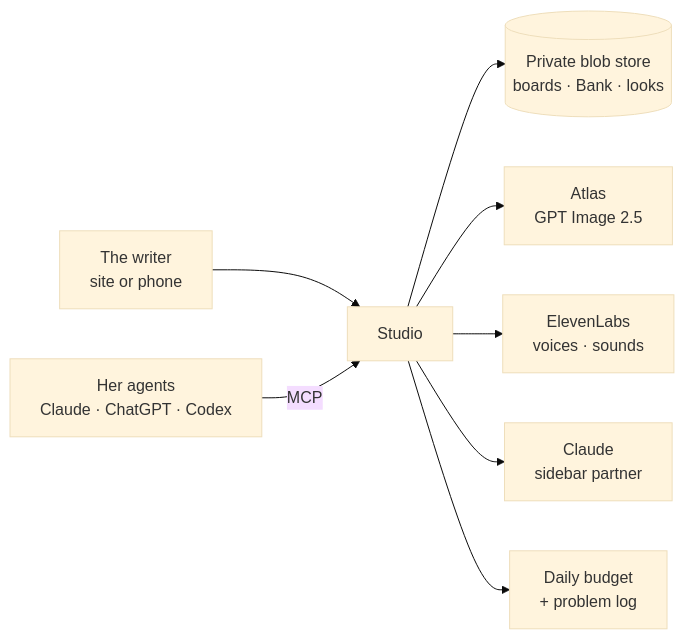
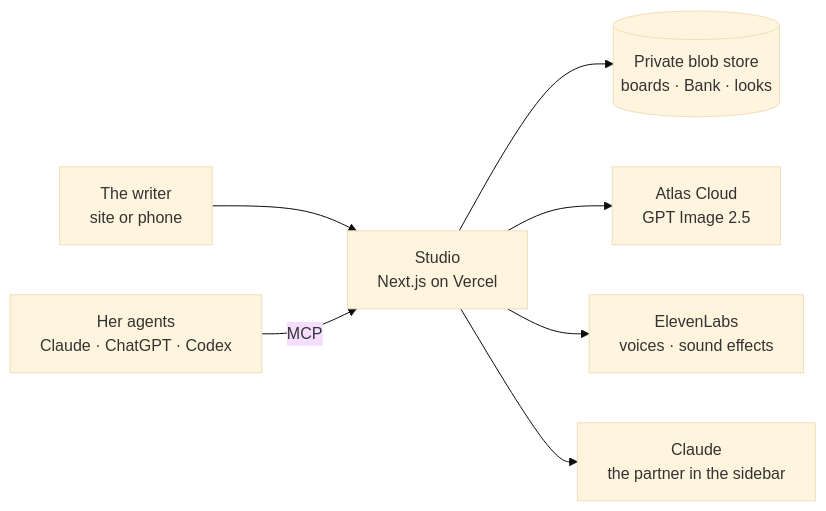
The diagram in README.md (joewilsonai/bev-station-studio), drawn with Mermaid (base theme) before and after one commit. The commit also changed other lines of this file and 22 other files, not shown here.

````diff
--- a/README.md
+++ b/README.md
@@ -28,10 +85,9 @@
 ```mermaid
 flowchart LR
-    K["The writer<br/>site or phone"] --> S["Studio"]
+    K["The writer<br/>site or phone"] --> S["Studio<br/>Next.js on Vercel"]
     A["Her agents<br/>Claude · ChatGPT · Codex"] -->|MCP| S
     S --> B[("Private blob store<br/>boards · Bank · looks")]
-    S --> D["Atlas<br/>GPT Image 2.5"]
-    S --> V["ElevenLabs<br/>voices · sounds"]
-    S --> L["Claude<br/>sidebar partner"]
-    S --> W["Daily budget<br/>+ problem log"]
+    S --> D["Atlas Cloud<br/>GPT Image 2.5"]
+    S --> V["ElevenLabs<br/>voices · sound effects"]
+    S --> L["Claude<br/>the partner in the sidebar"]
 ```
````
